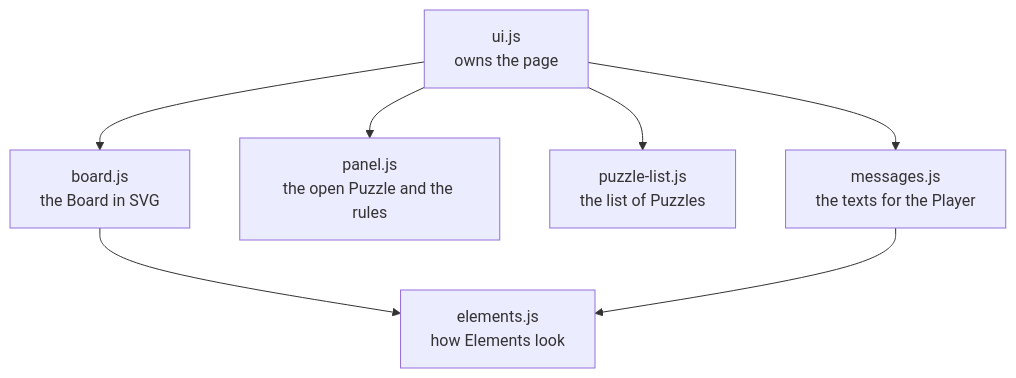
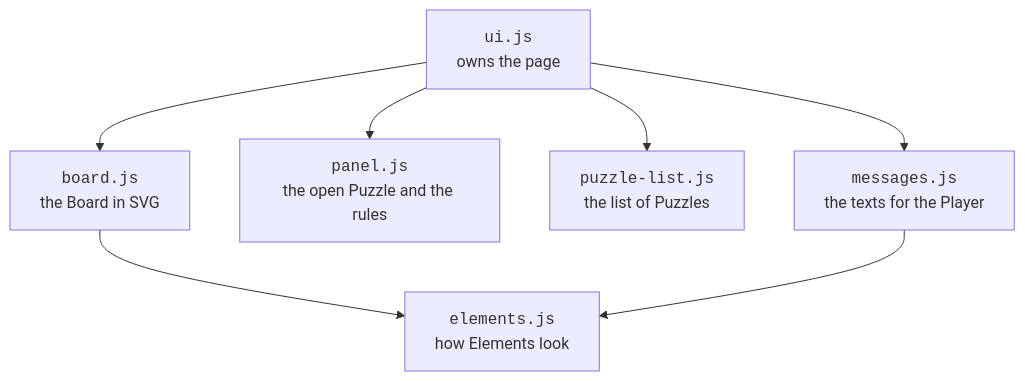
Before and after one commit to treetopbottle/molecuzzle: the first of 2 diagrams in docs/architecture.md, drawn with Mermaid. The commit also changed other lines of this file and 1 other file, not shown here.

Commit message:
docs: show file names in the diagrams in a fixed-width font

````diff
--- a/docs/architecture.md
+++ b/docs/architecture.md
@@ -15,16 +15,16 @@
 ```mermaid
 flowchart TD
-  uijs["ui.js<br/>owns the page"]
-  board["board.js<br/>the Board in SVG"]
-  panel["panel.js<br/>the open Puzzle and the rules"]
-  list["puzzle-list.js<br/>the list of Puzzles"]
-  messages["messages.js<br/>the texts for the Player"]
-  looks["elements.js<br/>how Elements look"]
+  uijs["<code>ui.js</code><br/>owns the page"]
+  board["<code>board.js</code><br/>the Board in SVG"]
+  panel["<code>panel.js</code><br/>the open Puzzle and the rules"]
+  list["<code>puzzle-list.js</code><br/>the list of Puzzles"]
+  messages["<code>messages.js</code><br/>the texts for the Player"]
+  looks["<code>elements.js</code><br/>how Elements look"]
 
   uijs --> board
   uijs --> panel
   uijs --> list
   uijs --> messages
   board --> looks
   messages --> looks
 ```
````
